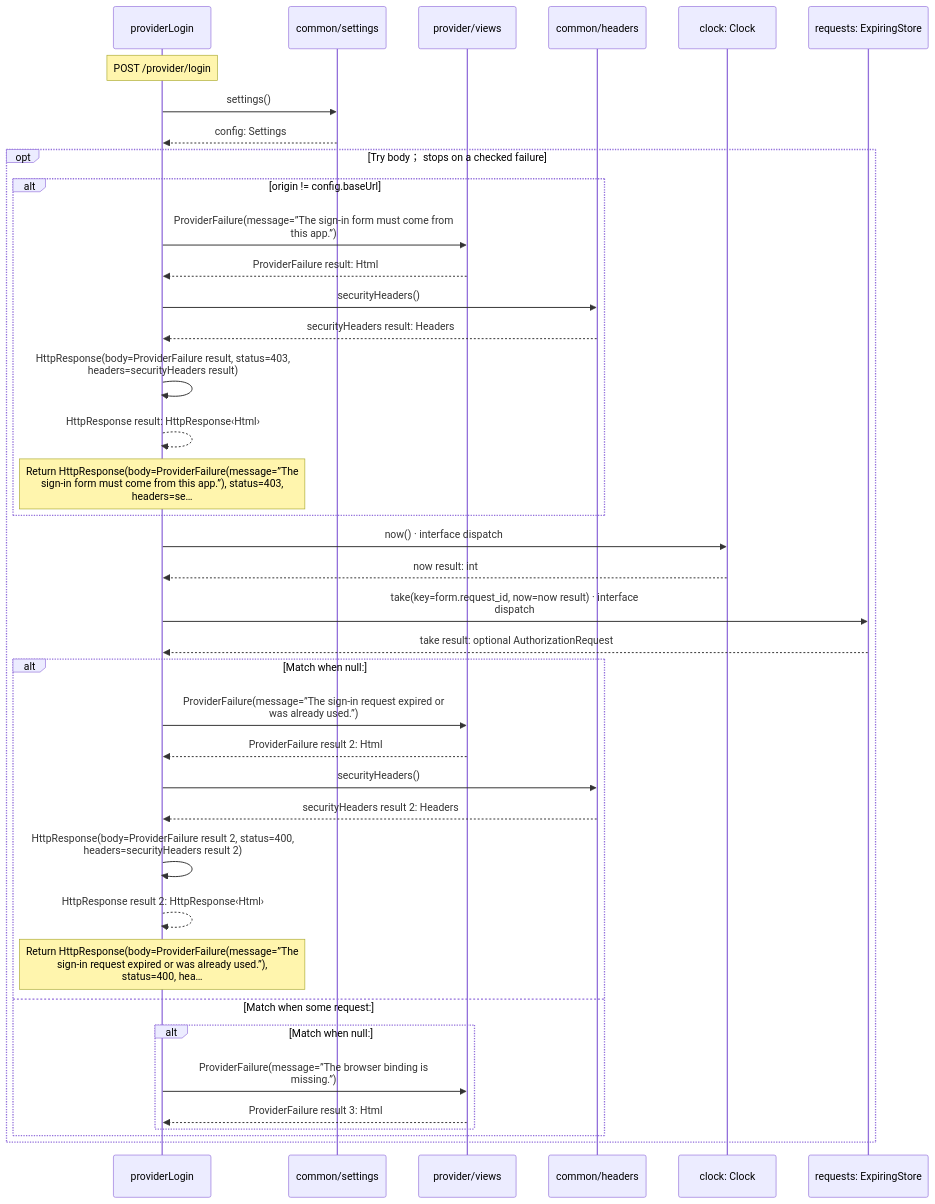
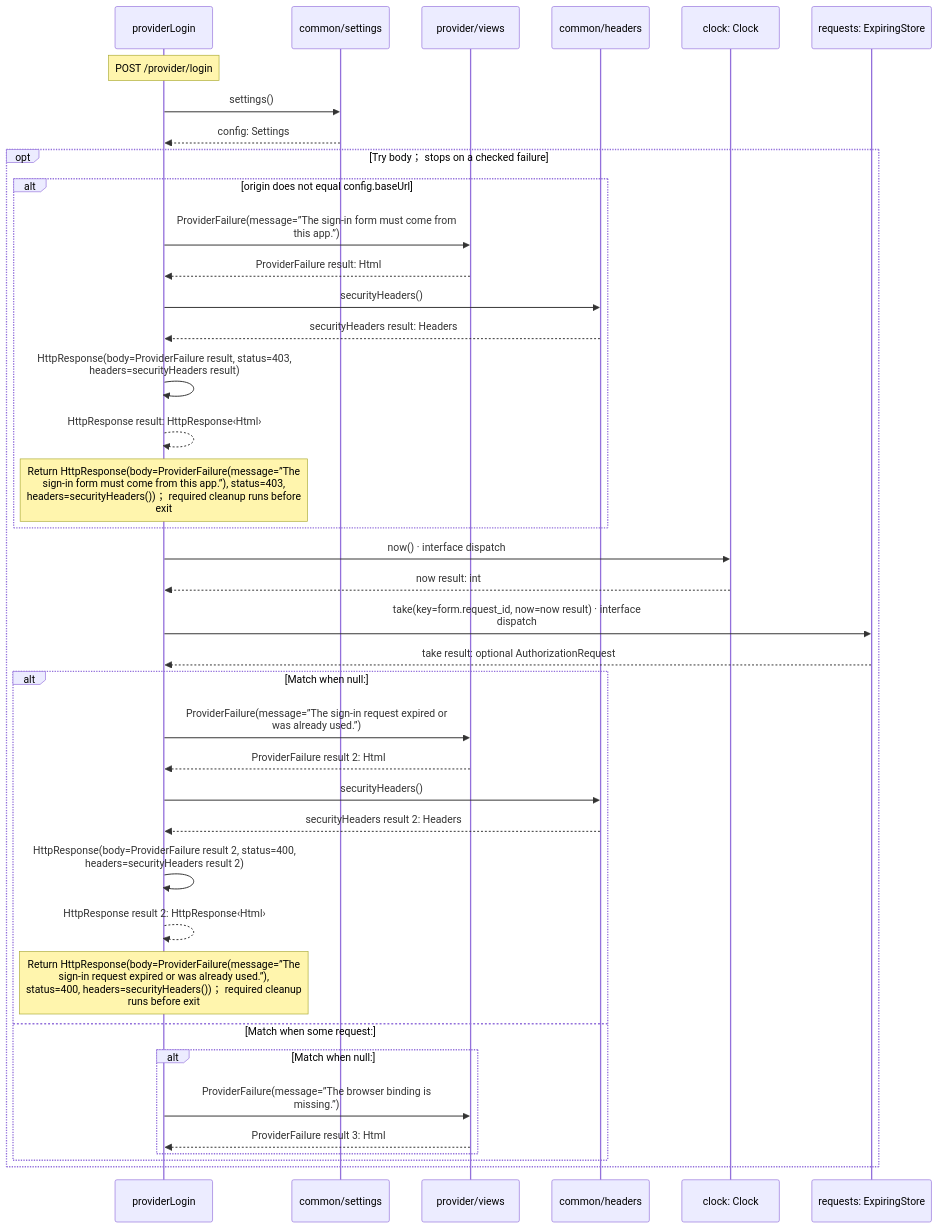
One commit to GreenPandaStudios/augscript changed the eighth of 12 diagrams in docs/examples/oidc-login/provider/authorization-diagrams.md. Above: the diagram before and after it, drawn with Mermaid. The commit also changed other lines of this file and 658 other files, not shown here.

````diff
--- a/docs/examples/oidc-login/provider/authorization-diagrams.md
+++ b/docs/examples/oidc-login/provider/authorization-diagrams.md
@@ -214,41 +238,41 @@
 ```mermaid
 sequenceDiagram
     participant p0 as providerLogin
     participant p1 as common/settings
     participant p2 as provider/views
     participant p3 as common/headers
     participant p4 as clock: Clock
     participant p5 as requests: ExpiringStore
     Note over p0: POST /provider/login
     p0->>p1: settings()
     p1-->>p0: config: Settings
     opt Try body； stops on a checked failure
-    alt origin != config.baseUrl
+    alt origin does not equal config.baseUrl
     p0->>p2: ProviderFailure(message=”The sign-in form must come from<br/>this app.”)
     p2-->>p0: ProviderFailure result: Html
     p0->>p3: securityHeaders()
     p3-->>p0: securityHeaders result: Headers
     p0->>p0: HttpResponse(body=ProviderFailure result, status=403,<br/>headers=securityHeaders result)
     p0-->>p0: HttpResponse result: HttpResponse‹Html›
-    Note over p0: Return HttpResponse(body=ProviderFailure(message=”The<br/>sign-in form must come from this app.”), status=403,<br/>headers=se…
+    Note over p0: Return HttpResponse(body=ProviderFailure(message=”The<br/>sign-in form must come from this app.”), status=403,<br/>headers=securityHeaders())； required cleanup runs before<br/>exit
     end
     p0->>p4: now() · interface dispatch
     p4-->>p0: now result: int
     p0->>p5: take(key=form.request_id, now=now result) · interface<br/>dispatch
     p5-->>p0: take result: optional AuthorizationRequest
     alt Match when null:
     p0->>p2: ProviderFailure(message=”The sign-in request expired or<br/>was already used.”)
     p2-->>p0: ProviderFailure result 2: Html
     p0->>p3: securityHeaders()
     p3-->>p0: securityHeaders result 2: Headers
     p0->>p0: HttpResponse(body=ProviderFailure result 2, status=400,<br/>headers=securityHeaders result 2)
     p0-->>p0: HttpResponse result 2: HttpResponse‹Html›
-    Note over p0: Return HttpResponse(body=ProviderFailure(message=”The<br/>sign-in request expired or was already used.”),<br/>status=400, hea…
+    Note over p0: Return HttpResponse(body=ProviderFailure(message=”The<br/>sign-in request expired or was already used.”),<br/>status=400, headers=securityHeaders())； required cleanup<br/>runs before exit
     else Match when some request:
     alt Match when null:
     p0->>p2: ProviderFailure(message=”The browser binding is<br/>missing.”)
     p2-->>p0: ProviderFailure result 3: Html
     end
     end
     end
 ```
````
